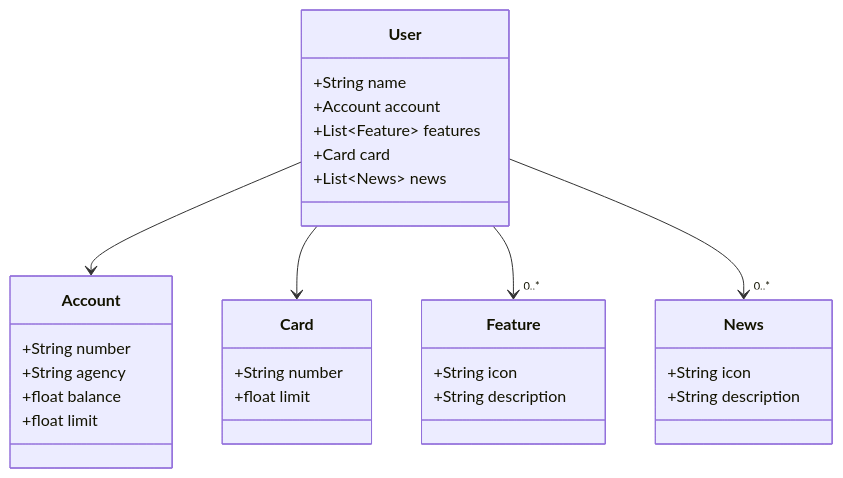
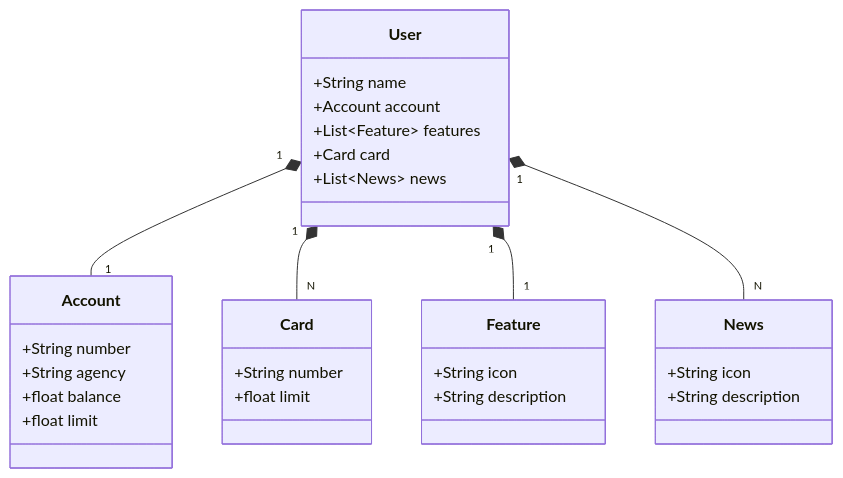
One commit to JonasSMendes/dominio-bancario changed the diagram in README.md. Above: the diagram before and after it, drawn with Mermaid.

````diff
--- a/README.md
+++ b/README.md
@@ -5,37 +5,37 @@
 ```mermaid
 classDiagram
     class User {
         +String name
         +Account account
         +List~Feature~ features
         +Card card
         +List~News~ news
     }
 
     class Account {
         +String number
         +String agency
         +float balance
         +float limit
     }
 
     class Feature {
         +String icon
         +String description
     }
 
     class Card {
         +String number
         +float limit
     }
 
     class News {
         +String icon
         +String description
     }
 
-    User --> Account
-    User --> Card
-    User --> "0..*" Feature
-    User --> "0..*" News
+    User "1" *-- "1" Account
+    User "1" *-- "N" Card
+    User "1" *-- "1" Feature
+    User "1" *-- "N" News
 ```
````
